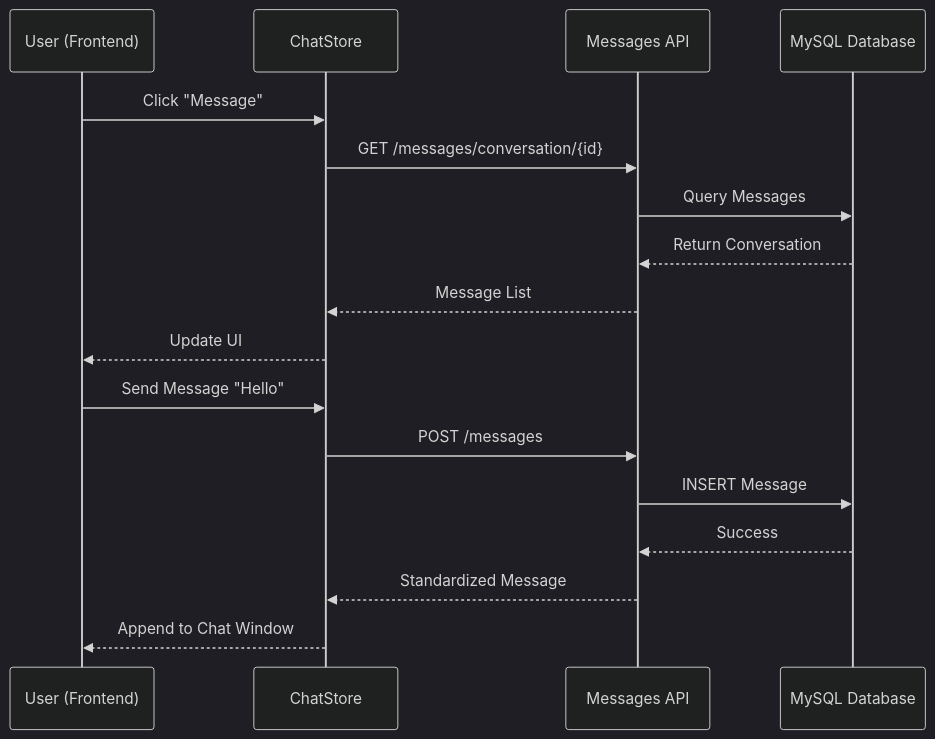
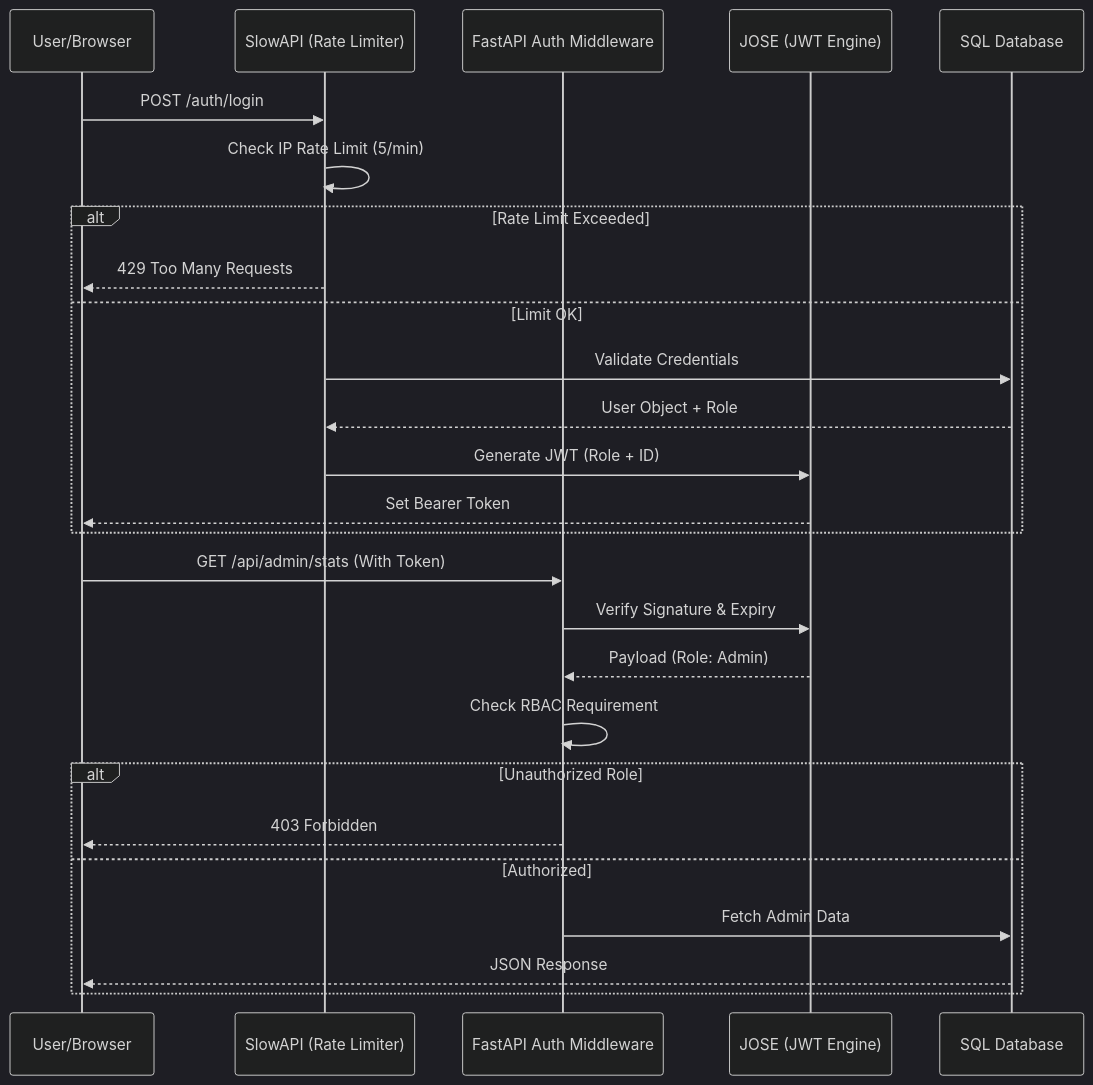
Before and after one commit to quantumNexus0/ai_legal_ecosystem: the fifth of 9 diagrams in README.md, drawn with Mermaid (dark theme). The commit also changed other lines of this file and 40 other files, not shown here.

````diff
--- a/README.md
+++ b/README.md
@@ -308,21 +289,30 @@
 ```mermaid
 sequenceDiagram
-    participant Client as User (Frontend)
-    participant Store as ChatStore
-    participant API as Messages API
-    participant DB as MySQL Database
+    participant U as User/Browser
+    participant SL as SlowAPI (Rate Limiter)
+    participant FA as FastAPI Auth Middleware
+    participant JWT as JOSE (JWT Engine)
+    participant DB as SQL Database
 
-    Client->>Store: Click "Message"
-    Store->>API: GET /messages/conversation/{id}
-    API->>DB: Query Messages
-    DB-->>API: Return Conversation
-    API-->>Store: Message List
-    Store-->>Client: Update UI
+    U->>SL: POST /auth/login
+    SL->>SL: Check IP Rate Limit (5/min)
+    alt Rate Limit Exceeded
+        SL-->>U: 429 Too Many Requests
+    else Limit OK
+        SL->>DB: Validate Credentials
+        DB-->>SL: User Object + Role
+        SL->>JWT: Generate JWT (Role + ID)
+        JWT-->>U: Set Bearer Token
+    end
 
-    Client->>Store: Send Message "Hello"
-    Store->>API: POST /messages
-    API->>DB: INSERT Message
-    DB-->>API: Success
-    API-->>Store: Standardized Message
-    Store-->>Client: Append to Chat Window
+    U->>FA: GET /api/admin/stats (With Token)
+    FA->>JWT: Verify Signature & Expiry
+    JWT-->>FA: Payload (Role: Admin)
+    FA->>FA: Check RBAC Requirement
+    alt Unauthorized Role
+        FA-->>U: 403 Forbidden
+    else Authorized
+        FA->>DB: Fetch Admin Data
+        DB-->>U: JSON Response
+    end
 ```
````
